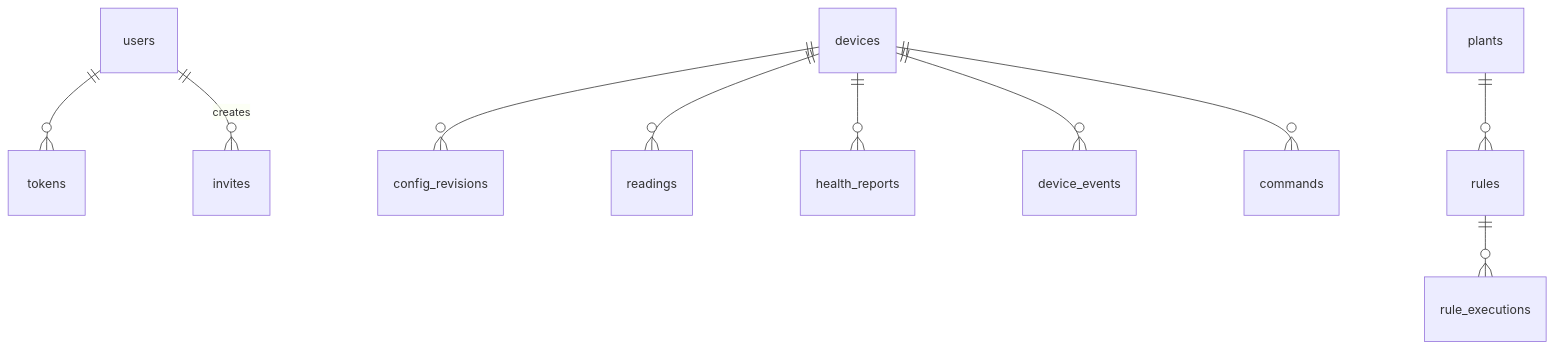
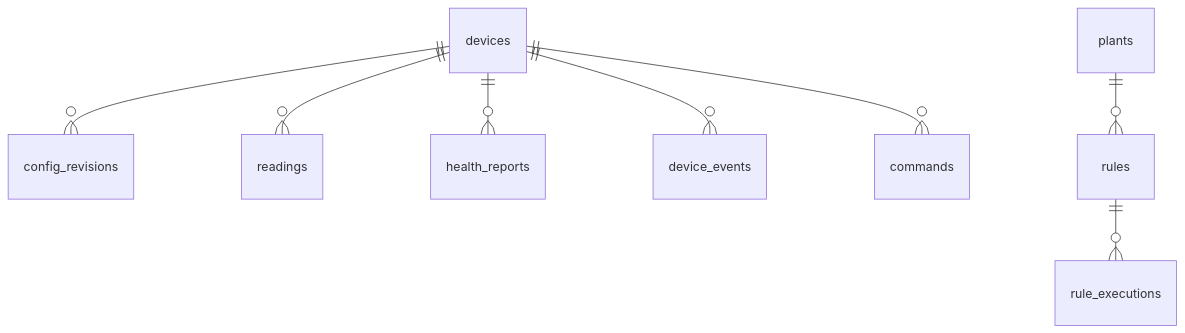
The fourth of 8 diagrams in Gateway/specs.md (Hansom17/MoistureController), drawn with Mermaid before and after one commit. The commit also changed other lines of this file and 5 other files, not shown here.

````diff
--- a/Gateway/specs.md
+++ b/Gateway/specs.md
@@ -98,12 +225,10 @@
 ```mermaid
 erDiagram
-    users ||--o{ tokens : ""
-    users ||--o{ invites : "creates"
     devices ||--o{ config_revisions : ""
     devices ||--o{ readings : ""
     devices ||--o{ health_reports : ""
     devices ||--o{ device_events : ""
     devices ||--o{ commands : ""
     plants ||--o{ rules : ""
     rules ||--o{ rule_executions : ""
 ```
````
